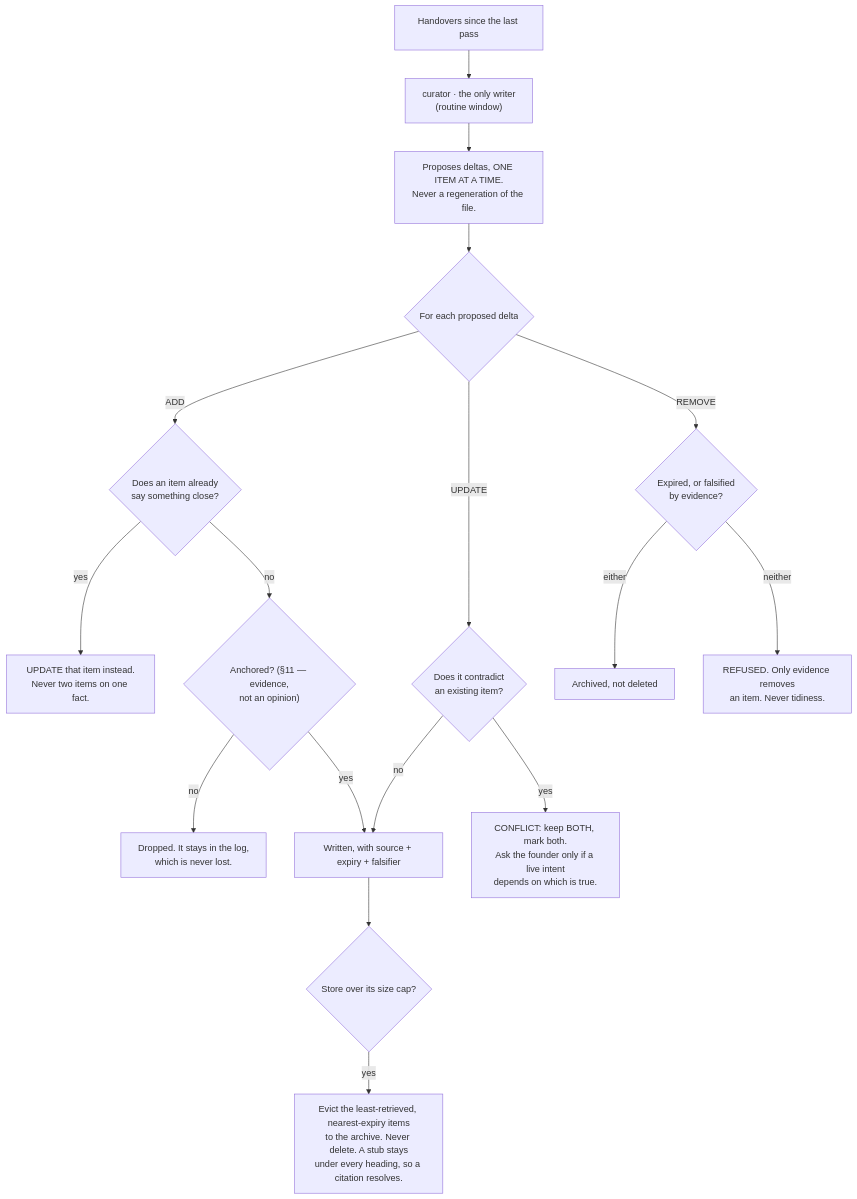
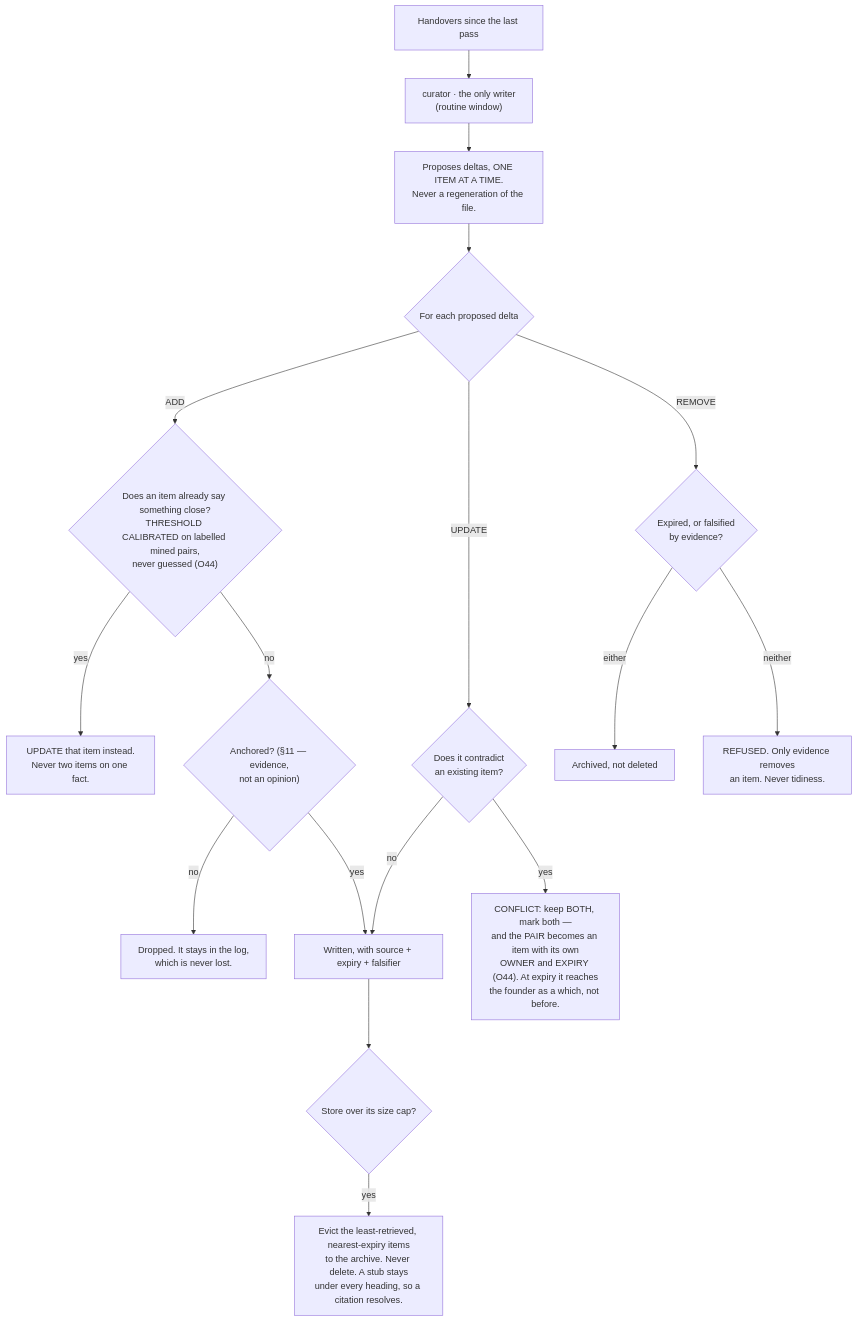
Before and after one commit to Adam077K/agentvibe: the second of 4 diagrams in docs/03-system-design/final-v2/parts/13-memory-and-knowledge.md, drawn with Mermaid. The commit also changed other lines of this file and 8 other files, not shown here.

````diff
--- a/docs/03-system-design/final-v2/parts/13-memory-and-knowledge.md
+++ b/docs/03-system-design/final-v2/parts/13-memory-and-knowledge.md
@@ -98,19 +133,19 @@
 ```mermaid
 flowchart TD
     HAND["Handovers since the last pass"] --> CUR["curator · the only writer<br/>(routine window)"]
     CUR --> P["Proposes deltas, ONE ITEM AT A TIME.<br/>Never a regeneration of the file."]
     P --> CHECK{"For each proposed delta"}
-    CHECK -->|"ADD"| A1{"Does an item already<br/>say something close?"}
+    CHECK -->|"ADD"| A1{"Does an item already say something close?<br/>THRESHOLD CALIBRATED on labelled mined pairs,<br/>never guessed (O44)"}
     A1 -->|"yes"| A2["UPDATE that item instead.<br/>Never two items on one fact."]
     A1 -->|"no"| A3{"Anchored? (§11 — evidence,<br/>not an opinion)"}
     A3 -->|"no"| DROP["Dropped. It stays in the log,<br/>which is never lost."]
     A3 -->|"yes"| WRITE["Written, with source + expiry + falsifier"]
     CHECK -->|"UPDATE"| U1{"Does it contradict<br/>an existing item?"}
-    U1 -->|"yes"| CONF["CONFLICT: keep BOTH, mark both.<br/>Ask the founder only if a live intent<br/>depends on which is true."]
+    U1 -->|"yes"| CONF["CONFLICT: keep BOTH, mark both —<br/>and the PAIR becomes an item with its own<br/>OWNER and EXPIRY (O44). At expiry it reaches<br/>the founder as a which, not before."]
     U1 -->|"no"| WRITE
     CHECK -->|"REMOVE"| R1{"Expired, or falsified<br/>by evidence?"}
     R1 -->|"either"| ARCH["Archived, not deleted"]
     R1 -->|"neither"| KEEP["REFUSED. Only evidence removes<br/>an item. Never tidiness."]
     WRITE --> SIZE{"Store over its size cap?"}
     SIZE -->|"yes"| EVICT["Evict the least-retrieved, nearest-expiry items<br/>to the archive. Never delete. A stub stays<br/>under every heading, so a citation resolves."]
 ```
````
